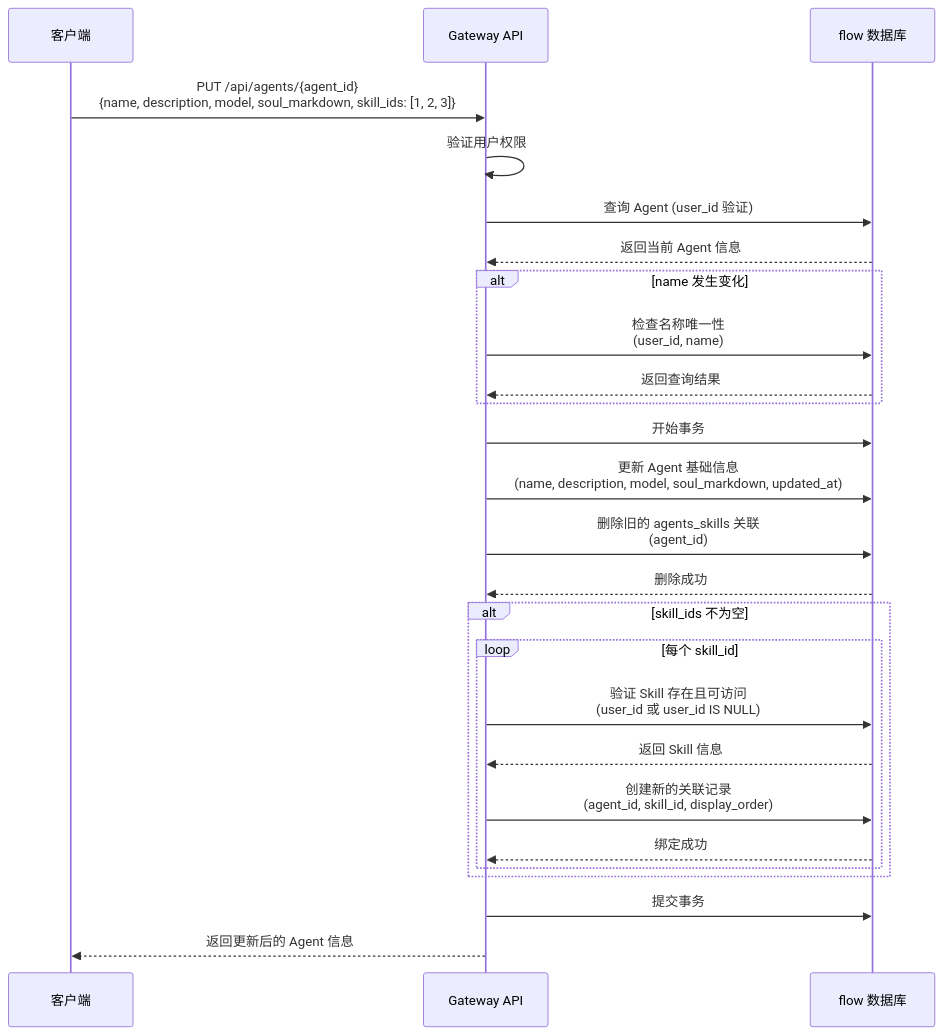
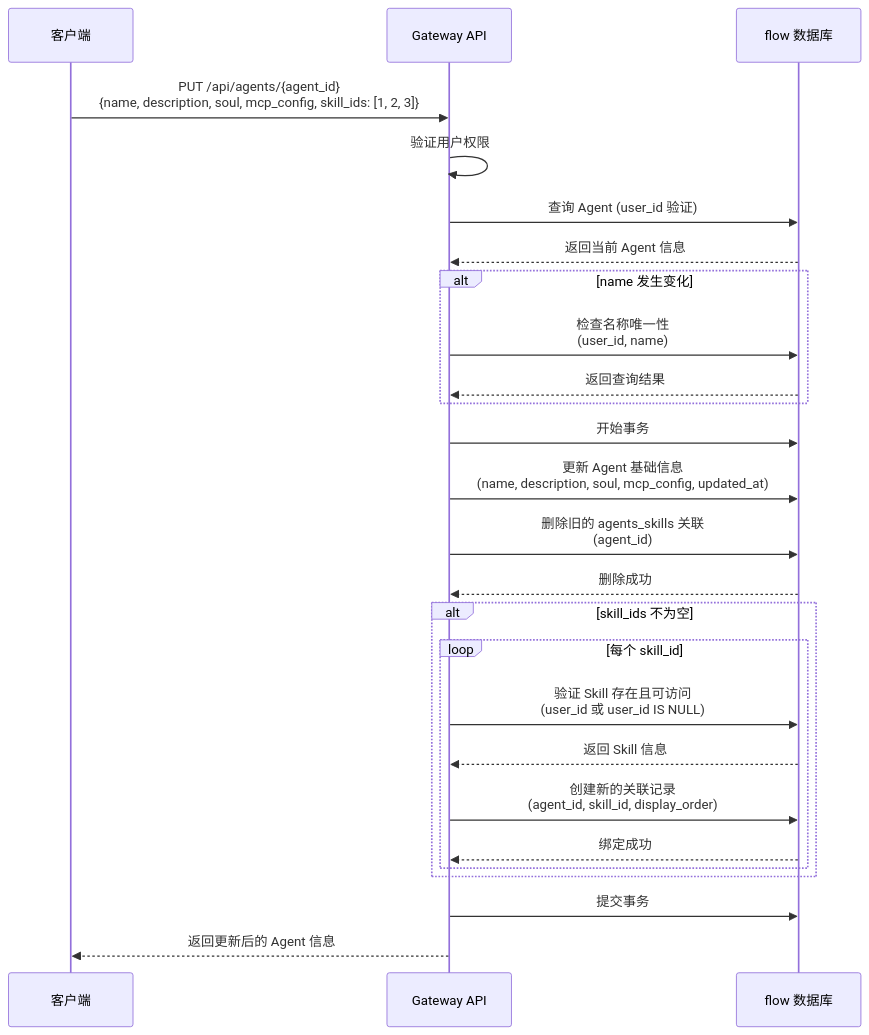
One commit to early-chinese-civilization/deer-flow changed diagram 12 of 14 in DeerFlow接口时序图.md. Above: the diagram before and after it, drawn with Mermaid. The commit also changed other lines of this file and 4 other files, not shown here.

````diff
--- a/DeerFlow接口时序图.md
+++ b/DeerFlow接口时序图.md
@@ -393,36 +423,36 @@
 ```mermaid
 sequenceDiagram
     participant Client as 客户端
     participant Gateway as Gateway API
     participant DB as flow 数据库
     
-    Client->>Gateway: PUT /api/agents/{agent_id}<br/>{name, description, model, soul_markdown, skill_ids: [1, 2, 3]}
+    Client->>Gateway: PUT /api/agents/{agent_id}<br/>{name, description, soul, mcp_config, skill_ids: [1, 2, 3]}
     Gateway->>Gateway: 验证用户权限
     
     Gateway->>DB: 查询 Agent (user_id 验证)
     DB-->>Gateway: 返回当前 Agent 信息
     
     alt name 发生变化
         Gateway->>DB: 检查名称唯一性<br/>(user_id, name)
         DB-->>Gateway: 返回查询结果
     end
     
     Gateway->>DB: 开始事务
-    Gateway->>DB: 更新 Agent 基础信息<br/>(name, description, model, soul_markdown, updated_at)
+    Gateway->>DB: 更新 Agent 基础信息<br/>(name, description, soul, mcp_config, updated_at)
     
     Gateway->>DB: 删除旧的 agents_skills 关联<br/>(agent_id)
     DB-->>Gateway: 删除成功
     
     alt skill_ids 不为空
         loop 每个 skill_id
             Gateway->>DB: 验证 Skill 存在且可访问<br/>(user_id 或 user_id IS NULL)
             DB-->>Gateway: 返回 Skill 信息
             
             Gateway->>DB: 创建新的关联记录<br/>(agent_id, skill_id, display_order)
             DB-->>Gateway: 绑定成功
         end
     end
     
     Gateway->>DB: 提交事务
     Gateway-->>Client: 返回更新后的 Agent 信息
 ```
````
